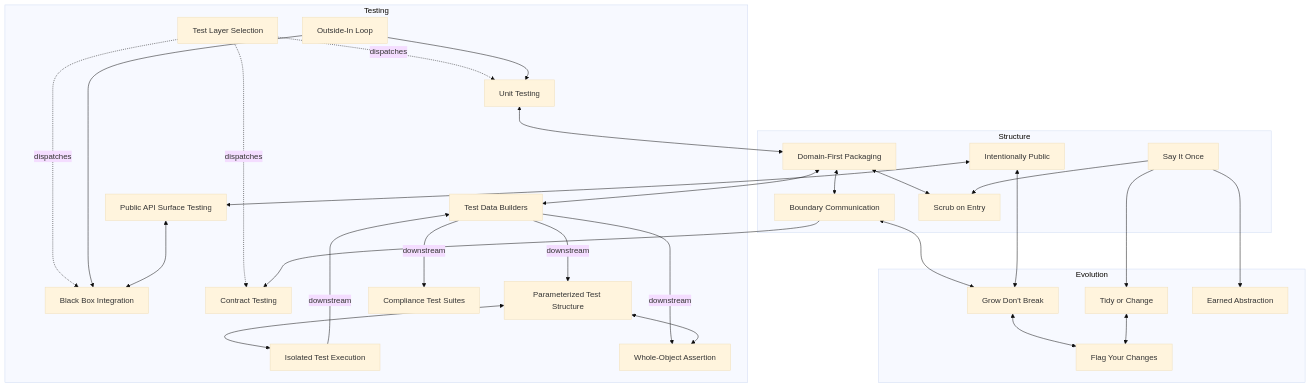
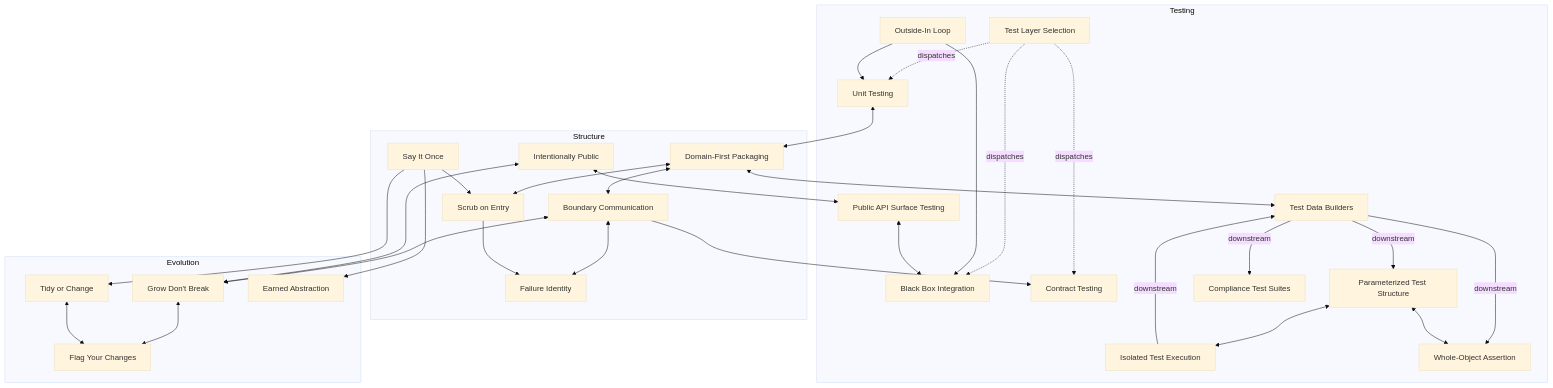
The diagram in strategies/RELATIONSHIPS.md (gaqzi/bjornstack), drawn with Mermaid (base theme) before and after one commit. The commit also changed other lines of this file and 3 other files, not shown here.

````diff
--- a/strategies/RELATIONSHIPS.md
+++ b/strategies/RELATIONSHIPS.md
@@ -13,41 +13,44 @@
 ```mermaid
 graph TD
     subgraph testing [Testing]
         TLS["Test Layer Selection"] -.->|dispatches| UT["Unit Testing"]
         TLS -.->|dispatches| BBIB["Black Box Integration"]
         TLS -.->|dispatches| CT["Contract Testing"]
         OILD["Outside-In Loop"] --> UT
         OILD --> BBIB
         ITE["Isolated Test Execution"] -->|downstream| TDB["Test Data Builders"]
         TDB -->|downstream| WOA["Whole-Object Assertion"]
         TDB -->|downstream| PTS["Parameterized Test Structure"]
         TDB -->|downstream| CTS["Compliance Test Suites"]
         PTS <--> WOA
         PTS <--> ITE
         PAST["Public API Surface Testing"] <--> BBIB
     end
 
     subgraph structure [Structure]
         DFP["Domain-First Packaging"] <--> BC["Boundary Communication"]
         IP["Intentionally Public"]
         SOE["Scrub on Entry"]
         SIO["Say It Once"]
+        FI["Failure Identity"]
     end
 
     subgraph evolution [Evolution]
         GDB["Grow Don't Break"] <--> FYC["Flag Your Changes"]
         ToC["Tidy or Change"] <--> FYC
         EA["Earned Abstraction"]
     end
 
     BC <--> GDB
     IP <--> GDB
     IP <--> PAST
     BC --> CT
     DFP <--> TDB
     DFP <--> SOE
     SIO --> SOE
     SIO --> ToC
     SIO --> EA
+    BC <--> FI
+    SOE --> FI
     UT <--> DFP
 ```
````
